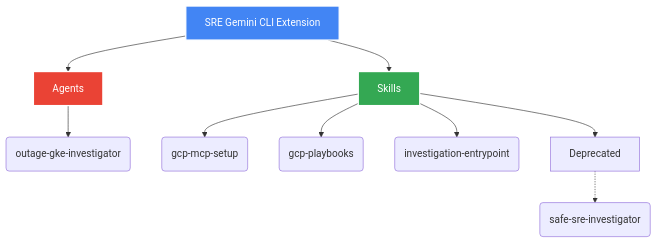
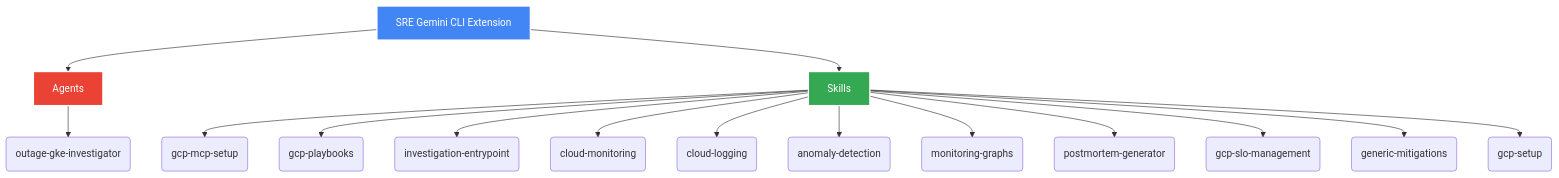
The diagram in USER_MANUAL.md (gemini-cli-extensions/sre), drawn with Mermaid before and after one commit. The commit also changed other lines of this file and 1 other file, not shown here.

````diff
--- a/USER_MANUAL.md
+++ b/USER_MANUAL.md
@@ -55,18 +163,23 @@
 ```mermaid
 graph TD
     Ext[SRE Gemini CLI Extension] --> Agents[Agents]
     Ext --> Skills[Skills]
     
     Agents --> Ag1(outage-gke-investigator)
     
     Skills --> Sk1(gcp-mcp-setup)
     Skills --> Sk2(gcp-playbooks)
     Skills --> Sk3(investigation-entrypoint)
-    Skills --> SkDepr[Deprecated]
-    
-    SkDepr -.-> SkDepr1(safe-sre-investigator)
+    Skills --> Sk4(cloud-monitoring)
+    Skills --> Sk5(cloud-logging)
+    Skills --> Sk6(anomaly-detection)
+    Skills --> Sk7(monitoring-graphs)
+    Skills --> Sk8(postmortem-generator)
+    Skills --> Sk9(gcp-slo-management)
+    Skills --> Sk10(generic-mitigations)
+    Skills --> Sk11(gcp-setup)
     
     style Ext fill:#4285F4,stroke:#fff,stroke-width:2px,color:#fff
     style Skills fill:#34A853,stroke:#fff,stroke-width:2px,color:#fff
     style Agents fill:#EA4335,stroke:#fff,stroke-width:2px,color:#fff
 ```
````
